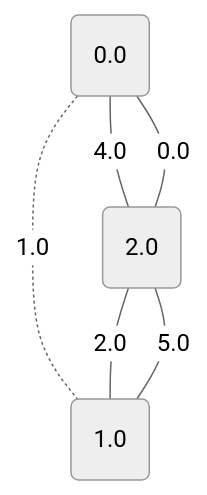
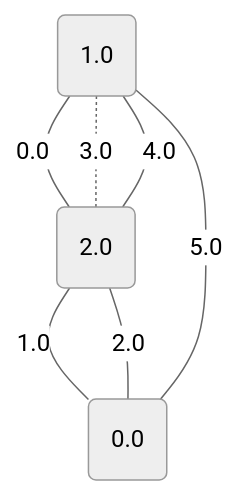
Before and after one commit to metury/graphs: the fourth of 5 diagrams in project/src/testing/minCut.md, drawn with Mermaid (neutral theme). The commit also changed other lines of this file and 2 other files, not shown here.

````diff
--- a/project/src/testing/minCut.md
+++ b/project/src/testing/minCut.md
@@ -66,11 +66,12 @@
 ```mermaid
 graph TD;
 0("0.0");
 1("1.0");
 2("2.0");
-	2 -- "0.0" --- 0;
-	0 -. "1.0" -.- 1;
-	2 -- "2.0" --- 1;
-	0 -- "4.0" --- 2;
-	2 -- "5.0" --- 1;
+	1 -- "0.0" --- 2;
+	2 -- "1.0" --- 0;
+	2 -- "2.0" --- 0;
+	2 -. "3.0" -.- 1;
+	2 -- "4.0" --- 1;
+	1 -- "5.0" --- 0;
 ```
````
